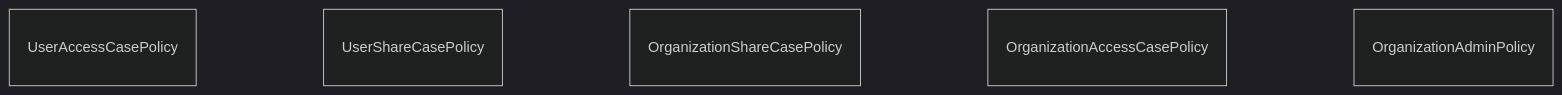
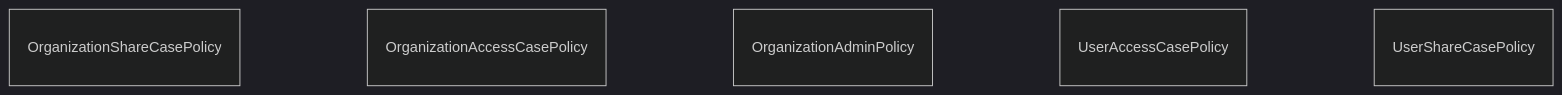
The diagram in docs/erm/casedb.abac.md (RIVM-bioinformatics/gen-epix-api), drawn with Mermaid (dark theme) before and after one commit. The commit also changed other lines of this file and 40 other files, not shown here.

Commit message:
refactor: commondb config parsing (type verification) expanded chore: regenerated ERM diagrams

````diff
--- a/docs/erm/casedb.abac.md
+++ b/docs/erm/casedb.abac.md
@@ -5,20 +5,20 @@
 ```mermaid
 erDiagram
     %% casedb / ABAC (simplified)
-
-    UserAccessCasePolicy {
-    }
-
-    UserShareCasePolicy {
-    }
 
     OrganizationShareCasePolicy {
     }
 
     OrganizationAccessCasePolicy {
     }
 
     OrganizationAdminPolicy {
     }
 
+    UserAccessCasePolicy {
+    }
+
+    UserShareCasePolicy {
+    }
+
 ```
````
